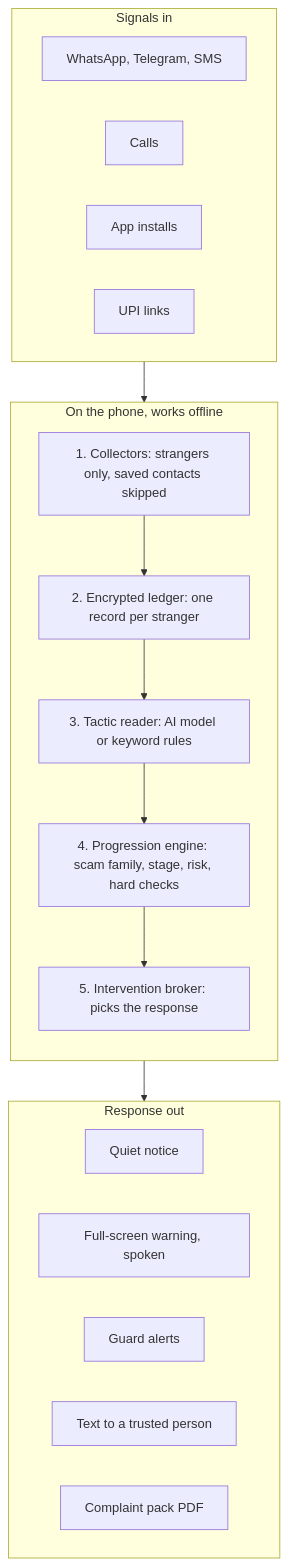
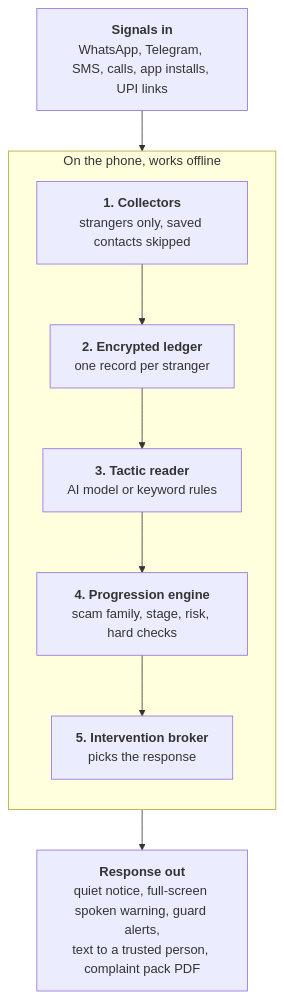
Before and after one commit to Pgoutham47/TripWire: the diagram in README.md, drawn with Mermaid.

Commit message:
Make the architecture diagram compact

````diff
--- a/README.md
+++ b/README.md
@@ -38,31 +38,19 @@
 ```mermaid
 flowchart TB
-    subgraph SIG["Signals in"]
-        direction LR
-        A1["WhatsApp, Telegram, SMS"]
-        A2["Calls"]
-        A3["App installs"]
-        A4["UPI links"]
-    end
+    SIG["<b>Signals in</b><br/>WhatsApp, Telegram, SMS, calls, app installs, UPI links"]
 
     subgraph PHONE["On the phone, works offline"]
         direction TB
-        B1["1. Collectors: strangers only, saved contacts skipped"]
-        B2["2. Encrypted ledger: one record per stranger"]
-        B3["3. Tactic reader: AI model or keyword rules"]
-        B4["4. Progression engine: scam family, stage, risk, hard checks"]
-        B5["5. Intervention broker: picks the response"]
+        B1["<b>1. Collectors</b><br/>strangers only, saved contacts skipped"]
+        B2["<b>2. Encrypted ledger</b><br/>one record per stranger"]
+        B3["<b>3. Tactic reader</b><br/>AI model or keyword rules"]
+        B4["<b>4. Progression engine</b><br/>scam family, stage, risk, hard checks"]
+        B5["<b>5. Intervention broker</b><br/>picks the response"]
         B1 --> B2 --> B3 --> B4 --> B5
     end
 
-    subgraph RESP["Response out"]
-        direction LR
-        C1["Quiet notice"]
-        C2["Full-screen warning, spoken"]
-        C3["Guard alerts"]
-        C4["Text to a trusted person"]
-        C5["Complaint pack PDF"]
-    end
+    RESP["<b>Response out</b><br/>quiet notice, full-screen spoken warning, guard alerts,<br/>text to a trusted person, complaint pack PDF"]
 
-    SIG --> PHONE --> RESP
+    SIG --> B1
+    B5 --> RESP
 ```
````
